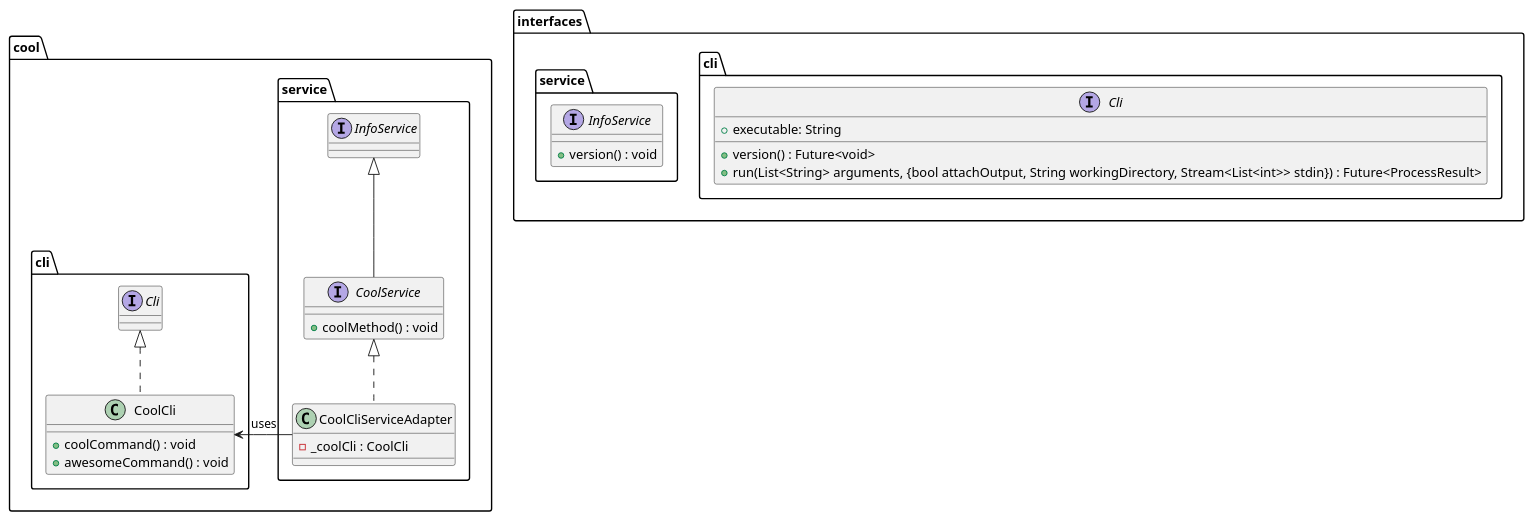
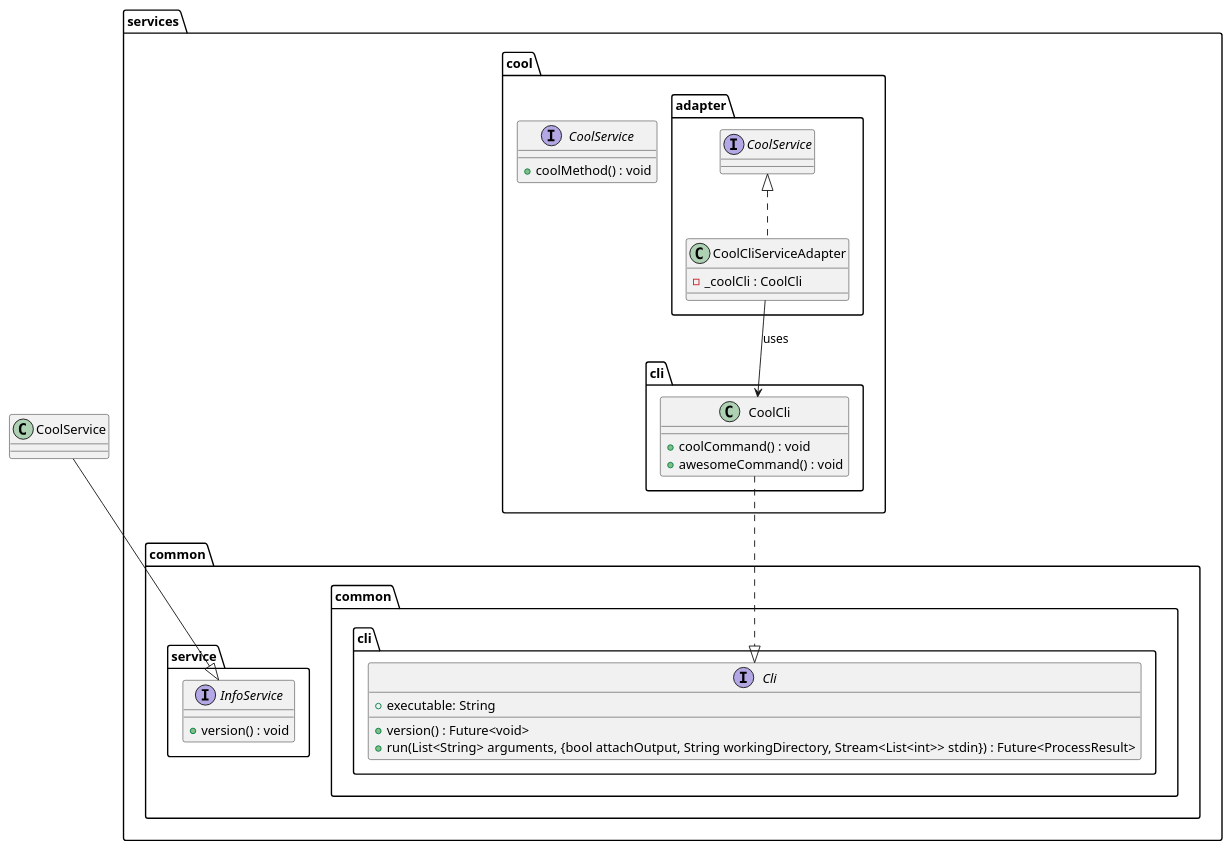
The diagram in metrics/cli/docs/diagrams/cli_interfaces_class_diagram.puml (Flank/flank-dashboard), drawn with PlantUML before and after one commit. The commit also changed 8 other files, not shown here.

First line of the commit message:
docs: Update CLI design document to improve package structure (#1391)

```diff
--- a/metrics/cli/docs/diagrams/cli_interfaces_class_diagram.puml
+++ b/metrics/cli/docs/diagrams/cli_interfaces_class_diagram.puml
@@ -1,40 +1,45 @@
 @startuml cli_interfaces_class_diagram
 
-package interfaces {
-    package cli {
-        interface Cli {
-            + executable: String
-            + version() : Future<void>
-            + run(List<String> arguments, {bool attachOutput, String workingDirectory, Stream<List<int>> stdin}) : Future<ProcessResult>
+package services {
+    package cool as services.cool {
+        interface CoolService{
+            + coolMethod() : void
+        }
+
+        package adapter {
+            class CoolCliServiceAdapter implements CoolService {
+                - _coolCli : CoolCli
+            }
+       }
+
+        package cli {
+            class CoolCli {
+                + coolCommand() : void
+                + awesomeCommand() : void
+            }
         }
     }
 
-    package service {
-        interface InfoService {
-            + version() : void
+    package common {
+        package cli as common.cli {
+            interface Cli {
+                + executable: String
+                + version() : Future<void>
+                + run(List<String> arguments, {bool attachOutput, String workingDirectory, Stream<List<int>> stdin}) : Future<ProcessResult>
+            }
+        }
+
+        package service {
+            interface InfoService {
+                + version() : void
+            }
         }
     }
 }
 
-package cool {
-    package service as cool.service{
-        interface CoolService extends InfoService{
-            + coolMethod() : void
-        }
+CoolCliServiceAdapter -down-> CoolCli : uses
 
-        class CoolCliServiceAdapter implements CoolService {
-            - _coolCli : CoolCli
-        }
-    }
-
-    package cli as cool.cli {
-        class CoolCli implements Cli {
-            + coolCommand() : void
-            + awesomeCommand() : void
-        }
-    }
-}
-
-CoolCliServiceAdapter -> CoolCli : uses
+CoolService --|> InfoService
+CoolCli ..|> Cli
 
 @enduml
```
